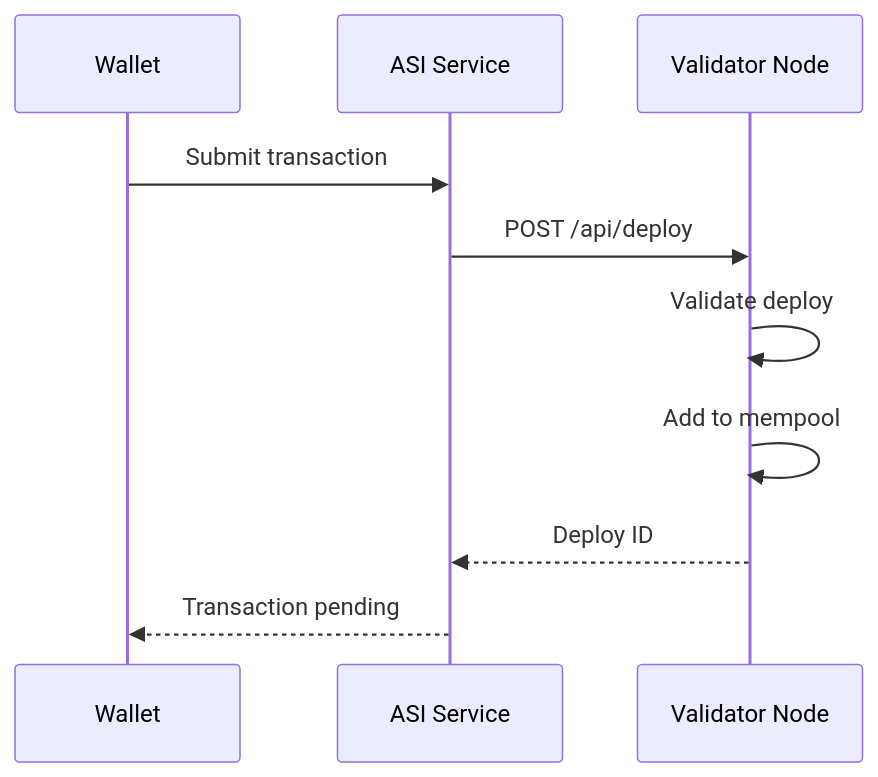
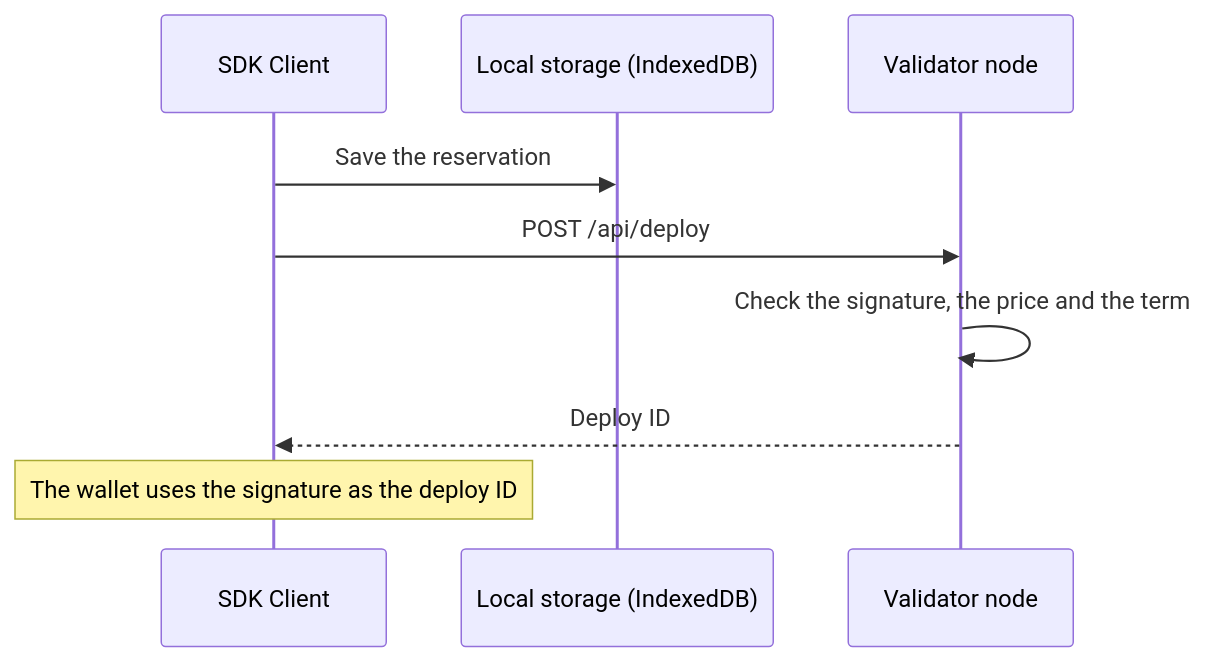
Before and after one commit to asi-alliance/asi-chain-docs-portal: the third of 4 diagrams in architecture/sequence-diagrams/transaction/index.md, drawn with Mermaid. The commit also changed other lines of this file, not shown here.

Commit message:
[AS-913] Rewrite transaction flow into four phases

````diff
--- a/architecture/sequence-diagrams/transaction/index.md
+++ b/architecture/sequence-diagrams/transaction/index.md
@@ -43,13 +80,12 @@
 ```mermaid
 sequenceDiagram
-    participant W as Wallet
-    participant AS as ASI Service
-    participant VN as Validator Node
-    
-    W->>AS: Submit transaction
-    AS->>VN: POST /api/deploy
-    VN->>VN: Validate deploy
-    VN->>VN: Add to mempool
-    VN-->>AS: Deploy ID
-    AS-->>W: Transaction pending
+    participant SDK as SDK Client
+    participant ST as Local storage (IndexedDB)
+    participant VN as Validator node
+
+    SDK->>ST: Save the reservation
+    SDK->>VN: POST /api/deploy
+    VN->>VN: Check the signature, the price and the term
+    VN-->>SDK: Deploy ID
+    Note over SDK: The wallet uses the signature as the deploy ID
 ```
````
